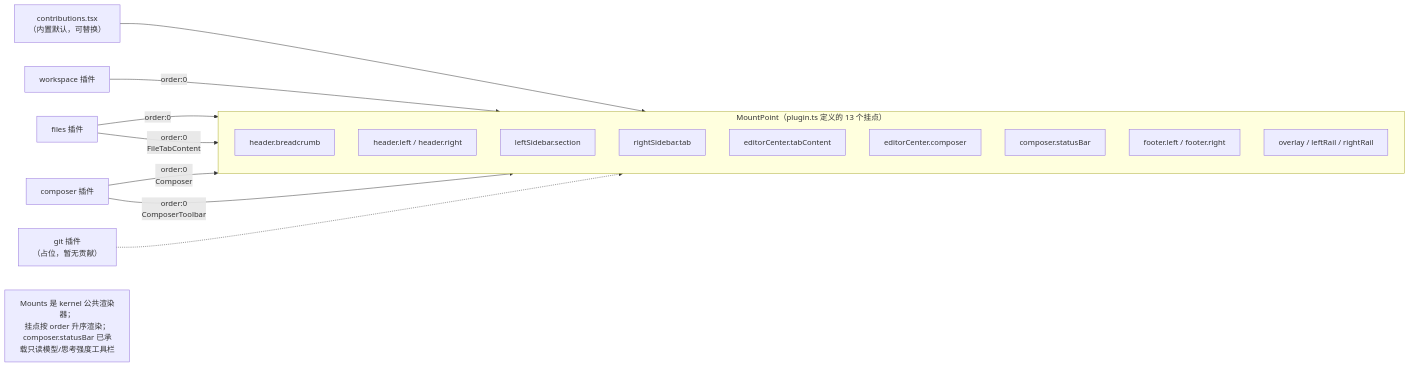
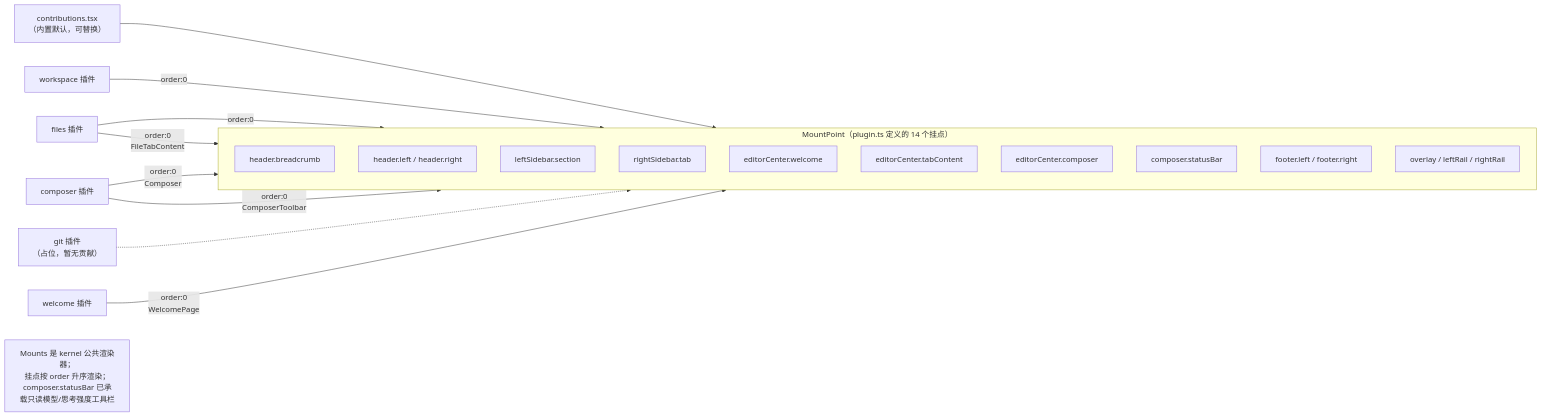
The seventh of 8 diagrams in docs/architecture/02-code-architecture.md (chenxiangning/tmd-cli), drawn with Mermaid before and after one commit. The commit also changed other lines of this file and 56 other files, not shown here.

````diff
--- a/docs/architecture/02-code-architecture.md
+++ b/docs/architecture/02-code-architecture.md
@@ -235,25 +245,27 @@
 ```mermaid
 flowchart LR
-    subgraph MOUNT["MountPoint（plugin.ts 定义的 13 个挂点）"]
+    subgraph MOUNT["MountPoint（plugin.ts 定义的 14 个挂点）"]
         direction TB
         HB["header.breadcrumb"]
         HLR["header.left / header.right"]
         LS1["leftSidebar.section"]
         RS["rightSidebar.tab"]
+        ECW["editorCenter.welcome"]
         ECT["editorCenter.tabContent"]
         ECC["editorCenter.composer"]
         CSB["composer.statusBar"]
         FT["footer.left / footer.right"]
         OV["overlay / leftRail / rightRail"]
     end
 
     CONTRIB2["contributions.tsx<br/>（内置默认，可替换）"] --> HB
     P_WS2["workspace 插件"] -->|"order:0"| LS1
     P_FILES2["files 插件"] -->|"order:0"| RS
     P_FILES2 -->|"order:0<br/>FileTabContent"| ECT
     P_COMP2["composer 插件"] -->|"order:0<br/>Composer"| ECC
     P_COMP2 -->|"order:0<br/>ComposerToolbar"| CSB
     P_GIT2["git 插件<br/>（占位，暂无贡献）"] -.-> RS
+    P_WELCOME2["welcome 插件"] -->|"order:0<br/>WelcomePage"| ECW
 
     Note["Mounts 是 kernel 公共渲染器；<br/>挂点按 order 升序渲染；<br/>composer.statusBar 已承载只读模型/思考强度工具栏"]
 ```
````
